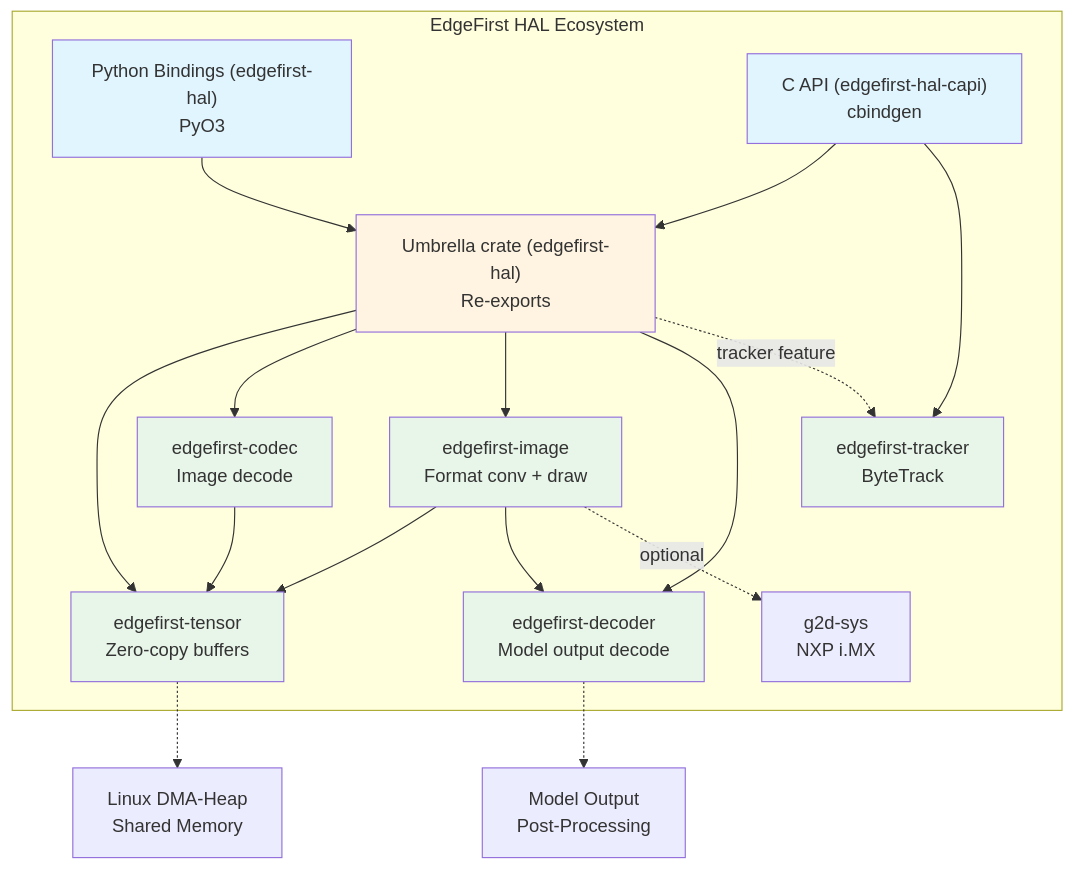
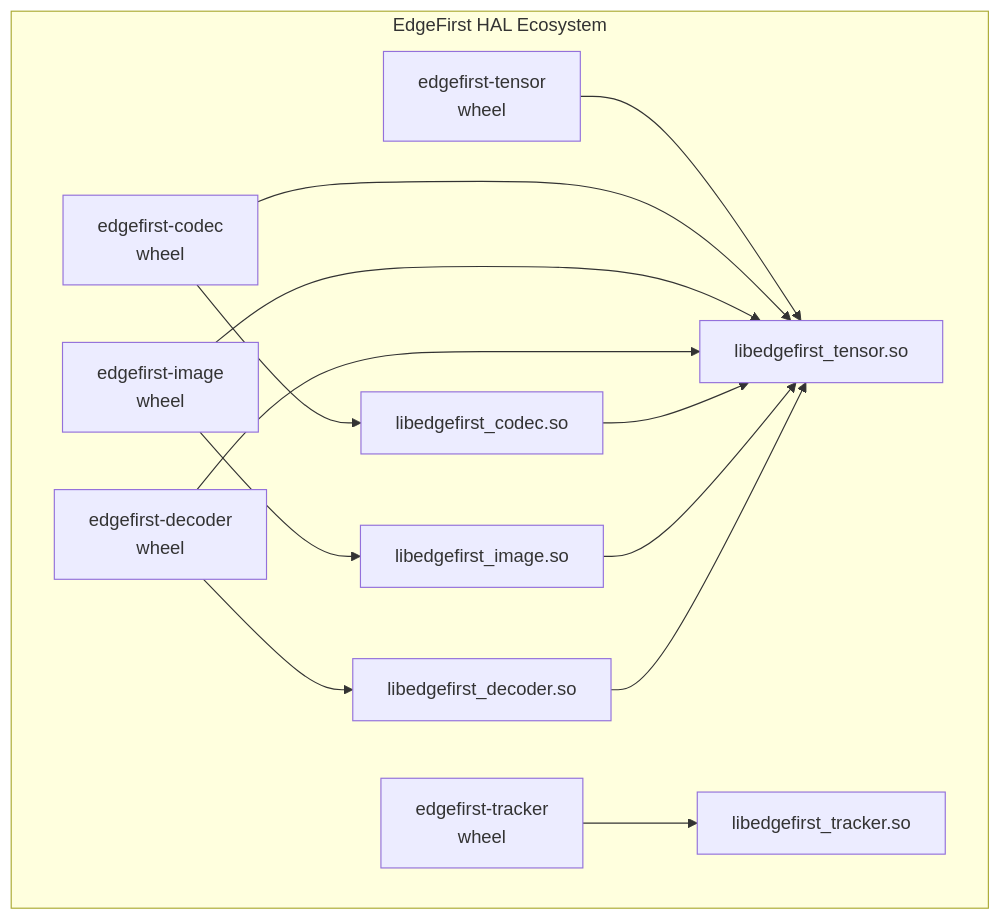
Before and after one commit to EdgeFirstAI/hal: the first of 2 diagrams in README.md, drawn with Mermaid. The commit also changed other lines of this file and 431 other files, not shown here.

````diff
--- a/README.md
+++ b/README.md
@@ -327,41 +346,29 @@
 ```mermaid
 graph TB
     subgraph "EdgeFirst HAL Ecosystem"
-        Python["Python Bindings (edgefirst-hal)<br/>PyO3"]
-        CAPI["C API (edgefirst-hal-capi)<br/>cbindgen"]
-        Main["Umbrella crate (edgefirst-hal)<br/>Re-exports"]
+        PyT["edgefirst-tensor<br/>wheel"]
+        PyC["edgefirst-codec<br/>wheel"]
+        PyI["edgefirst-image<br/>wheel"]
+        PyD["edgefirst-decoder<br/>wheel"]
+        PyK["edgefirst-tracker<br/>wheel"]
 
-        Python --> Main
-        CAPI --> Main
+        TensorSo["libedgefirst_tensor.so"]
+        CodecSo["libedgefirst_codec.so"]
+        ImageSo["libedgefirst_image.so"]
+        DecoderSo["libedgefirst_decoder.so"]
+        TrackerSo["libedgefirst_tracker.so"]
 
-        Tensor["edgefirst-tensor<br/>Zero-copy buffers"]
-        Codec["edgefirst-codec<br/>Image decode"]
-        Image["edgefirst-image<br/>Format conv + draw"]
-        Decoder["edgefirst-decoder<br/>Model output decode"]
-        Tracker["edgefirst-tracker<br/>ByteTrack"]
+        PyT --> TensorSo
+        PyC --> CodecSo
+        PyC --> TensorSo
+        PyI --> ImageSo
+        PyI --> TensorSo
+        PyD --> DecoderSo
+        PyD --> TensorSo
+        PyK --> TrackerSo
 
-        Main --> Tensor
-        Main --> Codec
-        Main --> Image
-        Main --> Decoder
-        Main -.->|tracker feature| Tracker
-        CAPI --> Tracker
-
-        Codec --> Tensor
-        Image --> Tensor
-        Image --> Decoder
-        Image -.optional.-> G2D["g2d-sys<br/>NXP i.MX"]
+        CodecSo --> TensorSo
+        ImageSo --> TensorSo
+        DecoderSo --> TensorSo
     end
-
-    Tensor -.-> DMA["Linux DMA-Heap<br/>Shared Memory"]
-    Decoder -.-> PostProc["Model Output<br/>Post-Processing"]
-
-    style Python fill:#e1f5ff
-    style CAPI fill:#e1f5ff
-    style Main fill:#fff4e1
-    style Tensor fill:#e8f5e9
-    style Codec fill:#e8f5e9
-    style Image fill:#e8f5e9
-    style Decoder fill:#e8f5e9
-    style Tracker fill:#e8f5e9
 ```
````
